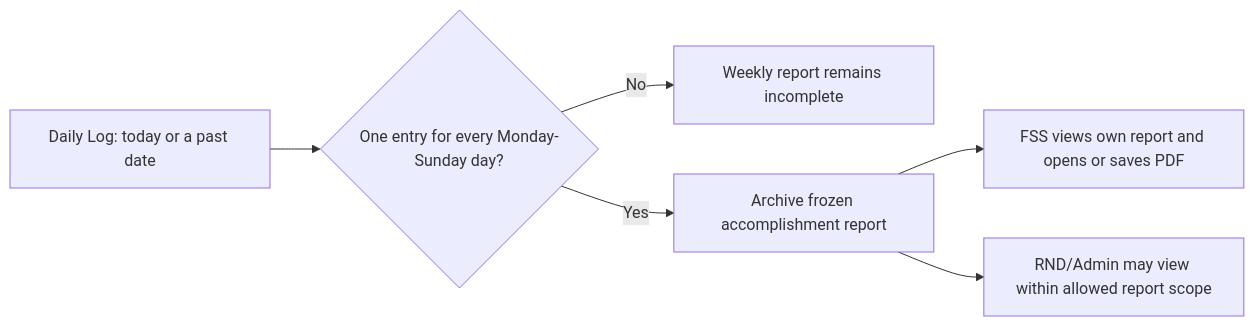
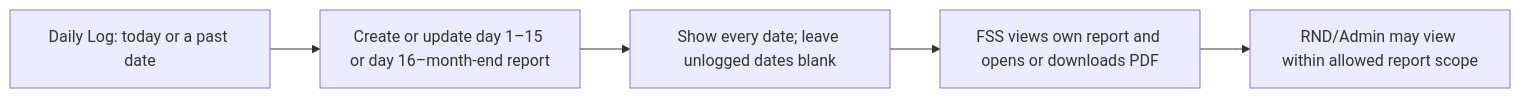
Before and after one commit to ja2gc/Nutriscope: the fourth of 5 diagrams in docs/modules/Flowcharts/FSS Mobile Execution Flow.md, drawn with Mermaid. The commit also changed other lines of this file and 24 other files, not shown here.

Commit message:
fix(fss): complete accomplishment reports

````diff
--- a/docs/modules/Flowcharts/FSS Mobile Execution Flow.md
+++ b/docs/modules/Flowcharts/FSS Mobile Execution Flow.md
@@ -80,8 +80,7 @@
 ```mermaid
 flowchart LR
-    A["Daily Log: today or a past date"] --> B{"One entry for every Monday-Sunday day?"}
-    B -->|"No"| C["Weekly report remains incomplete"]
-    B -->|"Yes"| D["Archive frozen accomplishment report"]
-    D --> E["FSS views own report and opens or saves PDF"]
-    D --> F["RND/Admin may view within allowed report scope"]
+    A["Daily Log: today or a past date"] --> B["Create or update day 1–15 or day 16–month-end report"]
+    B --> C["Show every date; leave unlogged dates blank"]
+    C --> D["FSS views own report and opens or downloads PDF"]
+    D --> E["RND/Admin may view within allowed report scope"]
 ```
````
